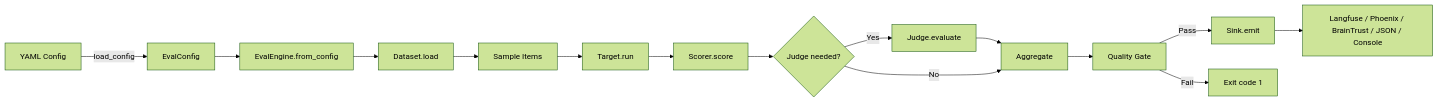
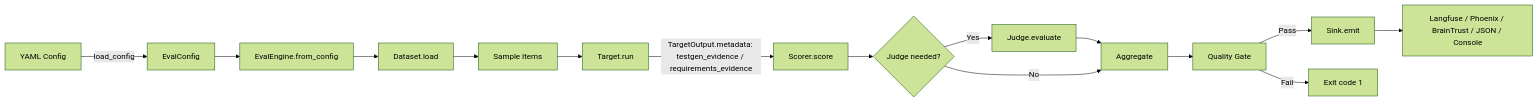
Before and after one commit to ianshank/Agents: the seventh of 7 diagrams in docs/c4_architecture.md, drawn with Mermaid (forest theme). The commit also changed other lines of this file and 50 other files, not shown here.

````diff
--- a/docs/c4_architecture.md
+++ b/docs/c4_architecture.md
@@ -401,17 +401,17 @@
 ```mermaid
 flowchart LR
     A[YAML Config] -->|load_config| B[EvalConfig]
     B --> C[EvalEngine.from_config]
     C --> D[Dataset.load]
     D --> E[Sample Items]
     E --> F[Target.run]
-    F --> G[Scorer.score]
+    F -->|TargetOutput.metadata: testgen_evidence / requirements_evidence| G[Scorer.score]
     G --> H{Judge needed?}
     H -->|Yes| I[Judge.evaluate]
     I --> J[Aggregate]
     H -->|No| J
     J --> K[Quality Gate]
     K -->|Pass| L[Sink.emit]
     K -->|Fail| M[Exit code 1]
     L --> N[Langfuse / Phoenix / BrainTrust / JSON / Console]
 ```
````
